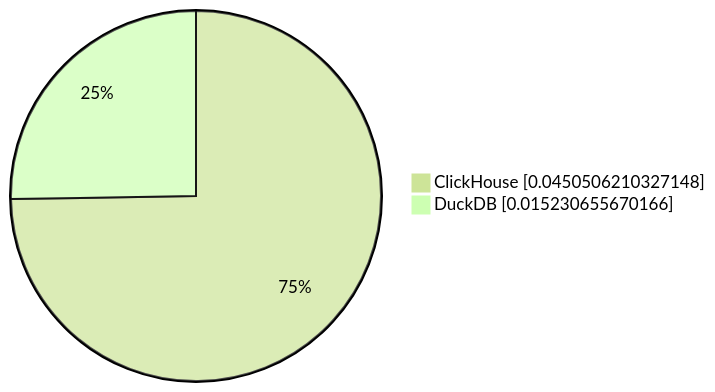
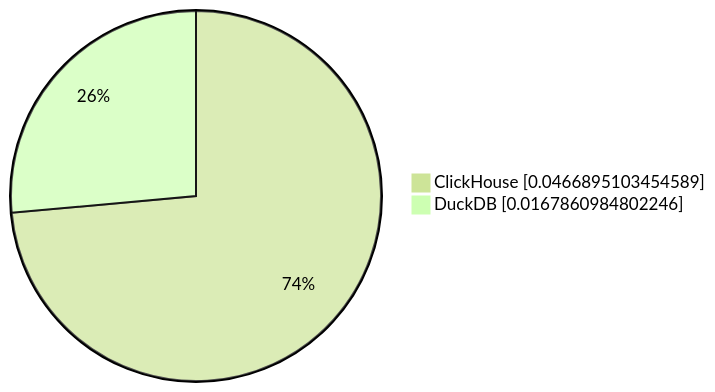
Before and after one commit to Altinity/clickhouse-regression: the fifth of 10 diagrams in parquet/performance/results/README.md, drawn with Mermaid (forest theme). The commit also changed other lines of this file and 3 other files, not shown here.

````diff
--- a/parquet/performance/results/README.md
+++ b/parquet/performance/results/README.md
@@ -48,5 +48,5 @@
 ```mermaid
      pie showData
-         "ClickHouse" : 0.0450506210327148
-         "DuckDB" : 0.015230655670166
+         "ClickHouse" : 0.0466895103454589
+         "DuckDB" : 0.0167860984802246
 ```
````
